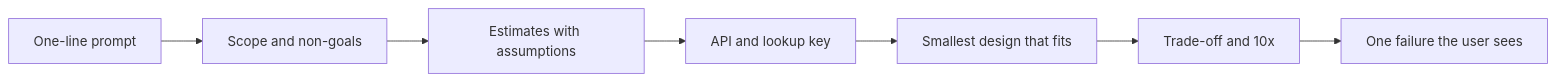
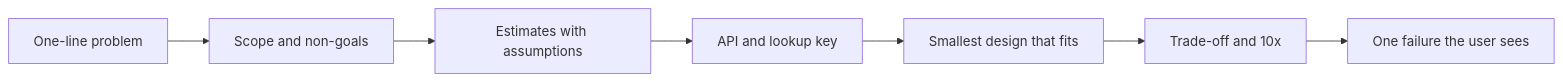
Before and after one commit to arunveersingh/faang-system-design-90-days: the first of 2 diagrams in days/01-what-the-interview-is-grading.md, drawn with Mermaid. The commit also changed other lines of this file and 7 other files, not shown here.

````diff
--- a/days/01-what-the-interview-is-grading.md
+++ b/days/01-what-the-interview-is-grading.md
@@ -127,9 +127,9 @@
 ```mermaid
 flowchart LR
-  prompt[One-line prompt] --> scope[Scope and non-goals]
+  problem[One-line problem] --> scope[Scope and non-goals]
   scope --> numbers[Estimates with assumptions]
   numbers --> api[API and lookup key]
   api --> design[Smallest design that fits]
   design --> trade[Trade-off and 10x]
   trade --> fail[One failure the user sees]
 ```
````
